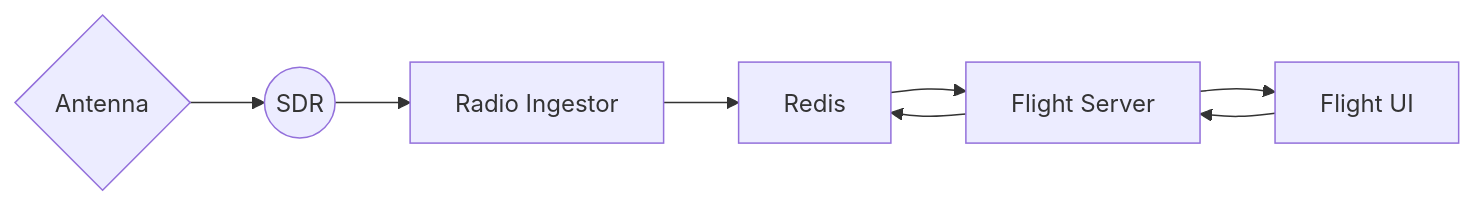
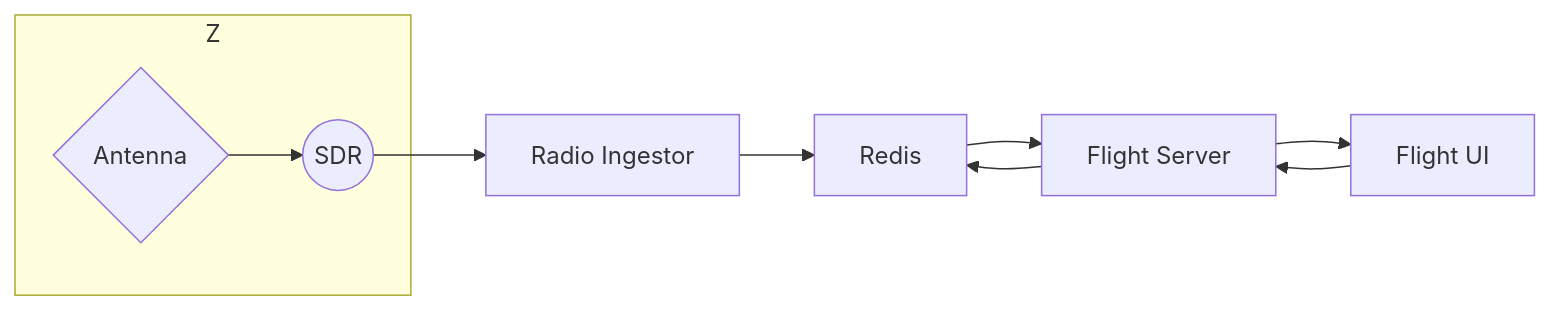
One commit to guyroyse/tracking-aircraft changed the diagram in README.md. Above: the diagram before and after it, drawn with Mermaid.

Commit message:
trying out a mermaid diagram

````diff
--- a/README.md
+++ b/README.md
@@ -157,10 +157,12 @@
 ```mermaid
-flowchart LR
-  A{Antenna} --> B((SDR))
+graph LR
+  subgraph Z
+    A{Antenna} --> B((SDR))
+  end
   B --> C["Radio Ingestor"]
   C --> D[Redis]
   D --> E["Flight Server"]
   E --> D
   E --> F["Flight UI"]
   F --> E
 ```
````
